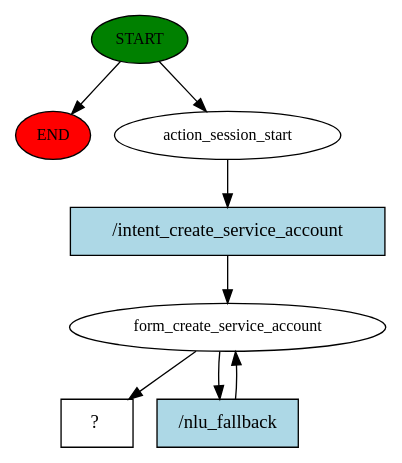
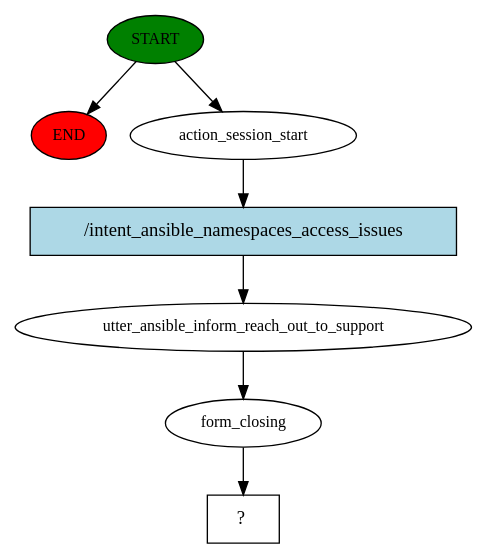
One commit to RedHatInsights/astro-virtual-assistant changed the diagram in story_graph.dot. Above: the diagram before and after it, drawn with Graphviz. The commit also changed 6 other files, not shown here.

First line of the commit message:
Ansible namespace support flow (#539)

```diff
--- a/story_graph.dot
+++ b/story_graph.dot
@@ -1,16 +1,15 @@
 digraph  {
 0 [class="start active", fillcolor=green, fontsize=12, label=START, style=filled];
 "-1" [class=end, fillcolor=red, fontsize=12, label=END, style=filled];
 1 [class=active, fontsize=12, label=action_session_start];
-2 [class=active, fontsize=12, label=form_create_service_account];
+2 [class=active, fontsize=12, label=utter_ansible_inform_reach_out_to_support];
+3 [class=active, fontsize=12, label=form_closing];
 4 [class="intent dashed active", label="  ?  ", shape=rect];
-5 [class="intent active", fillcolor=lightblue, label="/intent_create_service_account", shape=rect, style=filled];
-6 [class="intent active", fillcolor=lightblue, label="/nlu_fallback", shape=rect, style=filled];
+5 [class="intent active", fillcolor=lightblue, label="/intent_ansible_namespaces_access_issues", shape=rect, style=filled];
 0 -> "-1"  [class="", key=NONE, label=""];
 0 -> 1  [class=active, key=NONE, label=""];
 1 -> 5  [class=active, key=0];
-2 -> 4  [class=active, key=NONE, label=""];
-2 -> 6  [class=active, key=0];
+2 -> 3  [class=active, key=NONE, label=""];
+3 -> 4  [class=active, key=NONE, label=""];
 5 -> 2  [class=active, key=0];
-6 -> 2  [class=active, key=0];
 }
```
